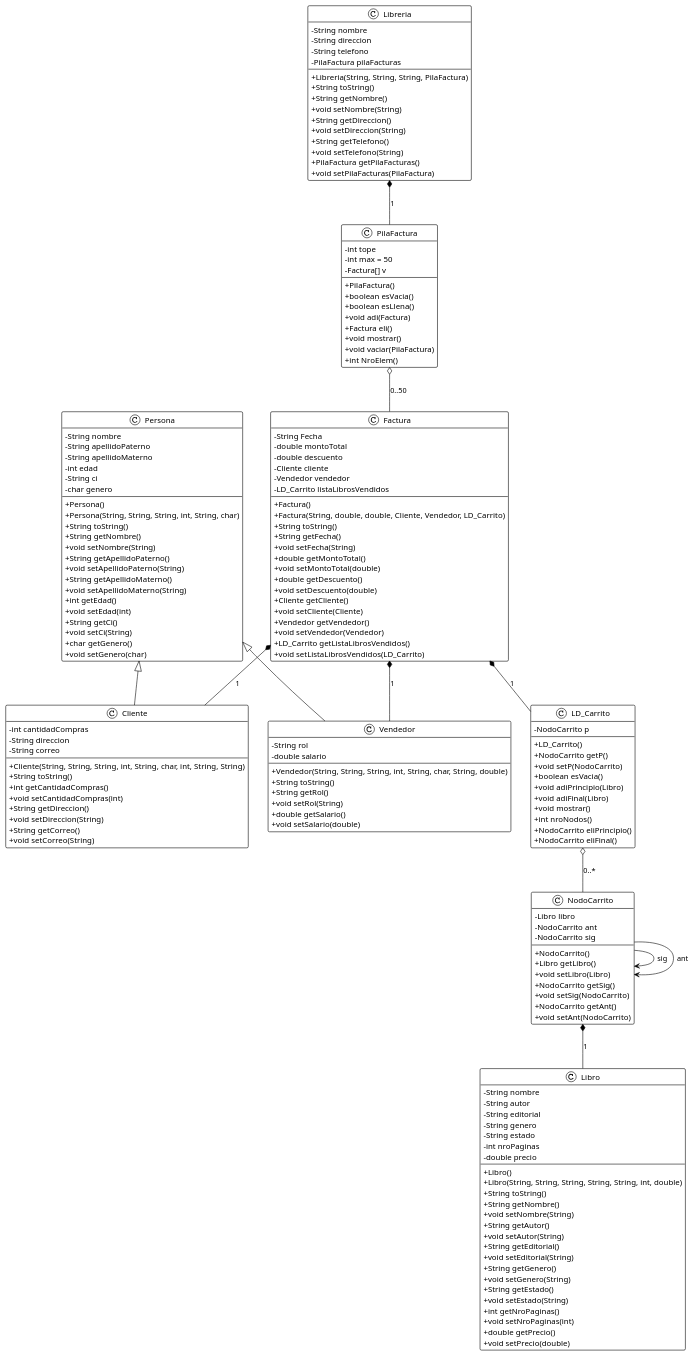
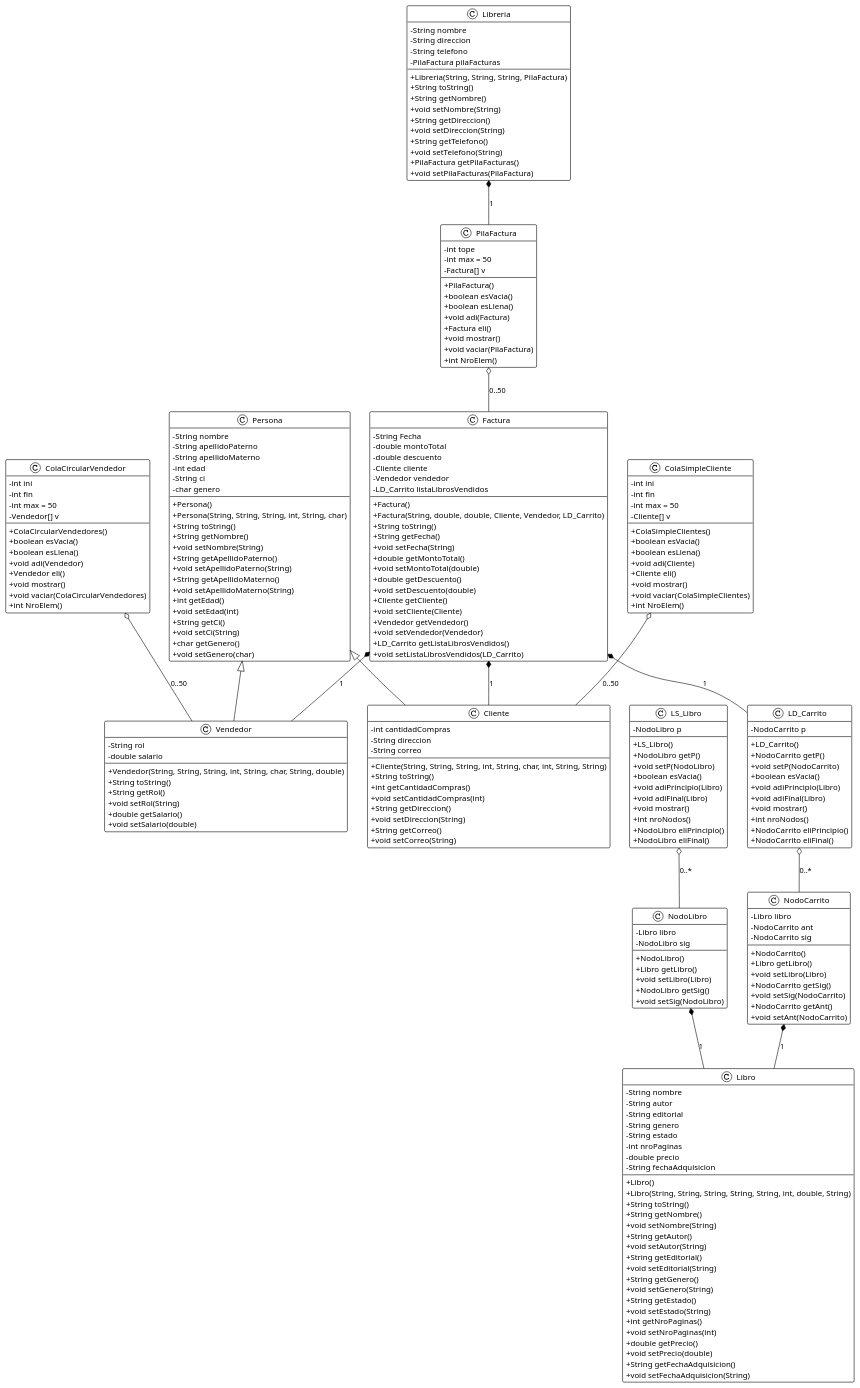
One commit to vani-x/team_131 changed the diagram in diagrama.puml. Above: the diagram before and after it, drawn with PlantUML. The commit also changed 3 other files, not shown here.

```diff
--- a/diagrama.puml
+++ b/diagrama.puml
@@ -54,6 +54,38 @@
     + void setSalario(double)
 }
 
+class ColaCircularVendedor {
+    - int ini
+    - int fin
+    - int max = 50
+    - Vendedor[] v
+    
+    + ColaCircularVendedores()
+    + boolean esVacia()
+    + boolean esLlena()
+    + void adi(Vendedor)
+    + Vendedor eli()
+    + void mostrar()
+    + void vaciar(ColaCircularVendedores)
+    + int NroElem()
+}
+
+class ColaSimpleCliente {
+    - int ini
+    - int fin
+    - int max = 50
+    - Cliente[] v
+
+    + ColaSimpleClientes()
+    + boolean esVacia()
+    + boolean esLlena()
+    + void adi(Cliente)
+    + Cliente eli()
+    + void mostrar()
+    + void vaciar(ColaSimpleClientes)
+    + int NroElem()
+}
+
 class Libro {
     - String nombre
     - String autor
@@ -62,9 +94,10 @@
     - String estado
     - int nroPaginas
     - double precio
+    - String fechaAdquisicion
     
     + Libro()
-    + Libro(String, String, String, String, String, int, double)
+    + Libro(String, String, String, String, String, int, double, String)
     + String toString()
     + String getNombre()
     + void setNombre(String)
@@ -80,6 +113,33 @@
     + void setNroPaginas(int)
     + double getPrecio()
     + void setPrecio(double)
+    + String getFechaAdquisicion()
+    + void setFechaAdquisicion(String)
+}
+
+class LS_Libro {
+    - NodoLibro p
+    
+    + LS_Libro()
+    + NodoLibro getP()
+    + void setP(NodoLibro)
+    + boolean esVacia()
+    + void adiPrincipio(Libro)
+    + void adiFinal(Libro)
+    + void mostrar()
+    + int nroNodos()
+    + NodoLibro eliPrincipio()
+    + NodoLibro eliFinal()
+}
+class NodoLibro {
+    - Libro libro
+    - NodoLibro sig
+    
+    + NodoLibro()
+    + Libro getLibro()
+    + void setLibro(Libro)
+    + NodoLibro getSig()
+    + void setSig(NodoLibro)
 }
 
 class Factura {
@@ -174,6 +234,7 @@
 Persona <|-- Vendedor
 
 ' Relaciones de composición/agregación
+' composicion fuerte (*--), composicion debil (o--)
 Libreria *-- PilaFactura : "1"
 PilaFactura o-- Factura : "0..50"
 Factura *-- Cliente : "1"
@@ -181,7 +242,11 @@
 Factura *-- LD_Carrito : "1"
 LD_Carrito o-- NodoCarrito : "0..*"
 NodoCarrito *-- Libro : "1"
-NodoCarrito --> NodoCarrito : "sig"
-NodoCarrito --> NodoCarrito : "ant"
+LS_Libro o-- NodoLibro : "0..*"
+NodoLibro *-- Libro : "1"
+ColaCircularVendedor o-- Vendedor : "0..50"
+ColaSimpleCliente o-- Cliente : "0..50"
+'NodoCarrito --> NodoCarrito : "sig"
+'NodoCarrito --> NodoCarrito : "ant"
 
 @enduml
```
